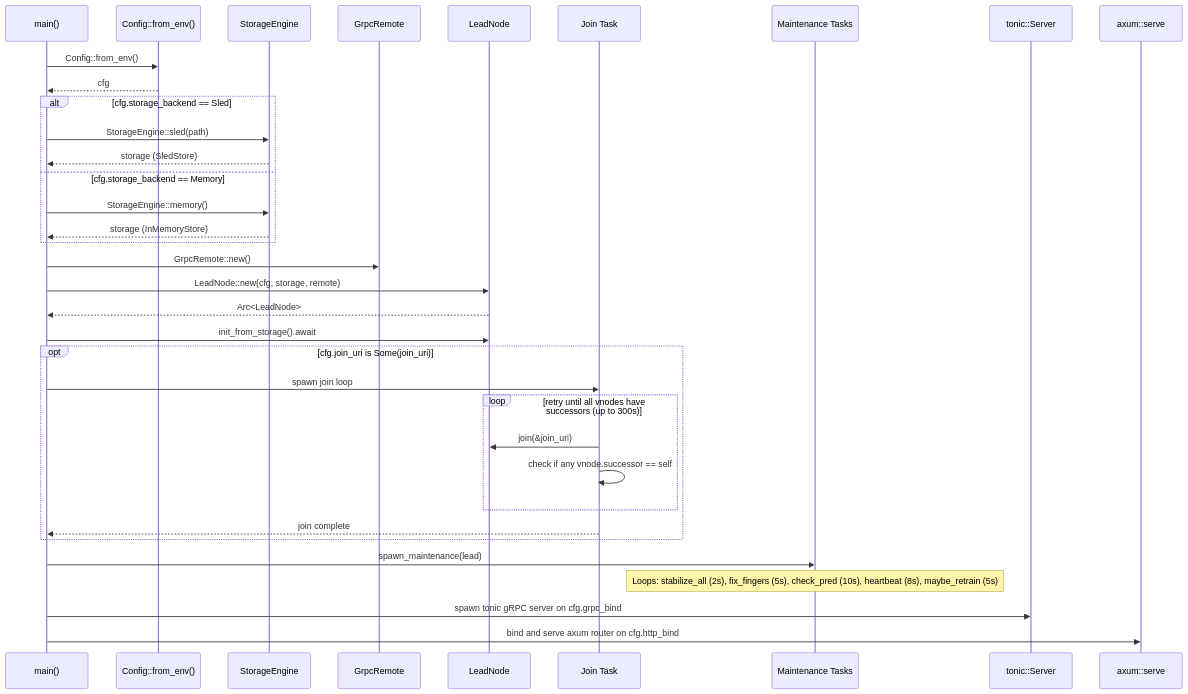
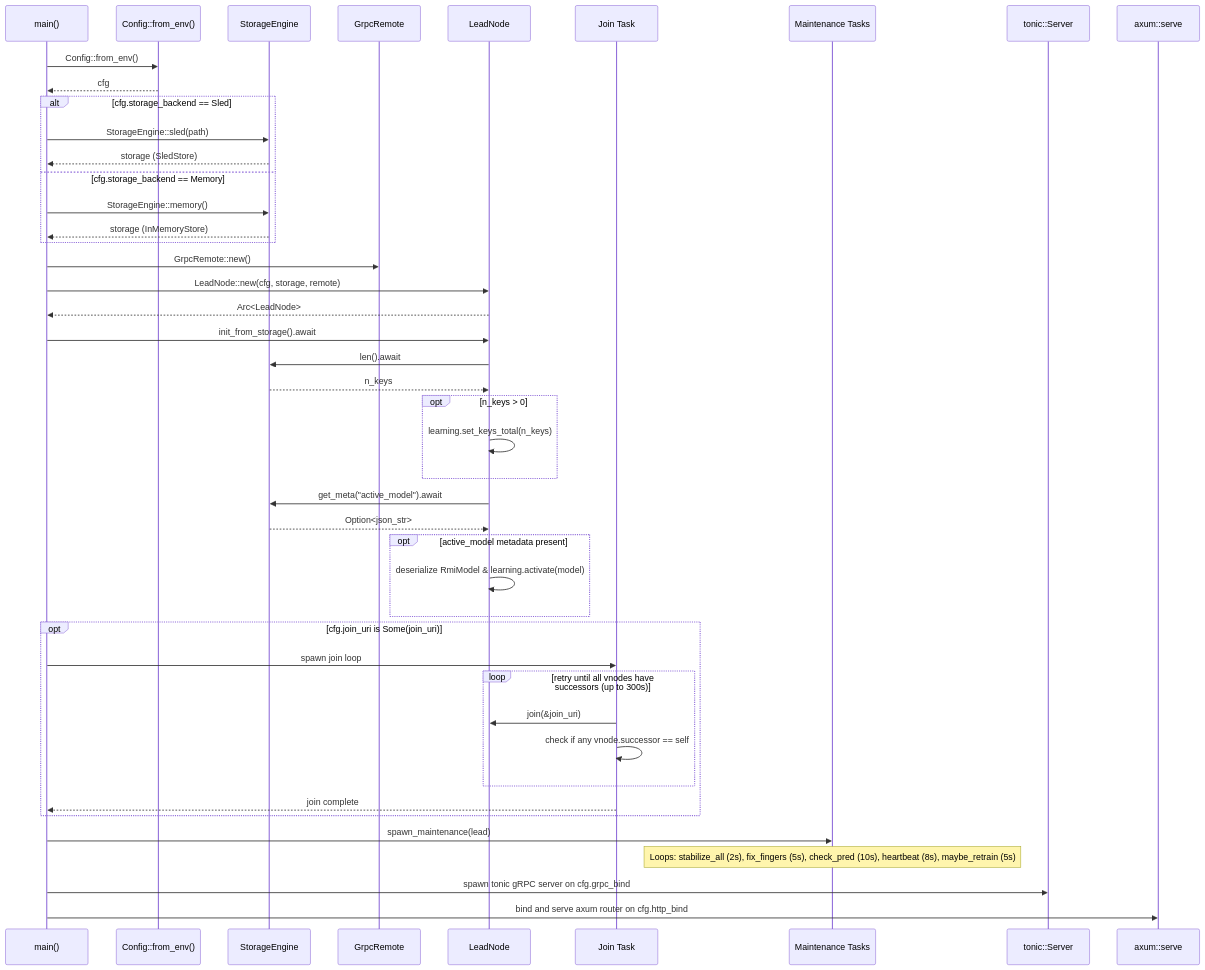
Before and after one commit to Mauragkas/thesis_grpc_lead_dga_cfd: the diagram in lead/docs/sequence-diagrams/startup/sequence.mmd, drawn with Mermaid. The commit also changed 27 other files, not shown here.

```diff
--- a/lead/docs/sequence-diagrams/startup/sequence.mmd
+++ b/lead/docs/sequence-diagrams/startup/sequence.mmd
@@ -1,41 +1,51 @@
 sequenceDiagram
     participant Main as main()
     participant Config as Config::from_env()
     participant Storage as StorageEngine
     participant Remote as GrpcRemote
     participant Lead as LeadNode
     participant Join as Join Task
     participant Maint as Maintenance Tasks
     participant Grpc as tonic::Server
     participant Http as axum::serve
 
     Main->>Config: Config::from_env()
     Config-->>Main: cfg
 
     alt cfg.storage_backend == Sled
         Main->>Storage: StorageEngine::sled(path)
         Storage-->>Main: storage (SledStore)
     else cfg.storage_backend == Memory
         Main->>Storage: StorageEngine::memory()
         Storage-->>Main: storage (InMemoryStore)
     end
 
     Main->>Remote: GrpcRemote::new()
     Main->>Lead: LeadNode::new(cfg, storage, remote)
     Lead-->>Main: Arc<LeadNode>
     Main->>Lead: init_from_storage().await
+    Lead->>Storage: len().await
+    Storage-->>Lead: n_keys
+    opt n_keys > 0
+        Lead->>Lead: learning.set_keys_total(n_keys)
+    end
+    Lead->>Storage: get_meta("active_model").await
+    Storage-->>Lead: Option<json_str>
+    opt active_model metadata present
+        Lead->>Lead: deserialize RmiModel & learning.activate(model)
+    end
 
     opt cfg.join_uri is Some(join_uri)
         Main->>Join: spawn join loop
         loop retry until all vnodes have successors (up to 300s)
             Join->>Lead: join(&join_uri)
             Join->>Join: check if any vnode.successor == self
         end
         Join-->>Main: join complete
     end
 
     Main->>Maint: spawn_maintenance(lead)
     Note over Maint: Loops: stabilize_all (2s), fix_fingers (5s), check_pred (10s), heartbeat (8s), maybe_retrain (5s)
 
     Main->>Grpc: spawn tonic gRPC server on cfg.grpc_bind
     Main->>Http: bind and serve axum router on cfg.http_bind
```
